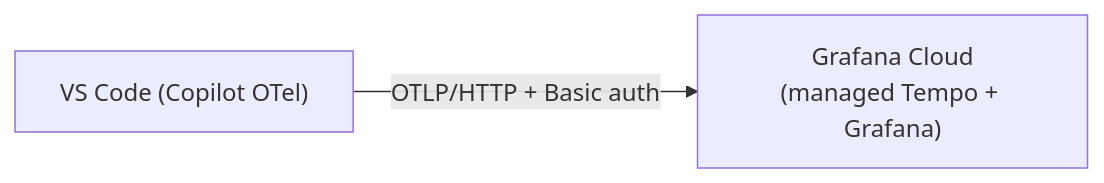
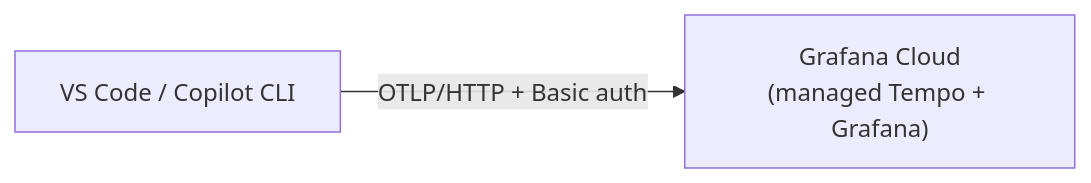
Before and after one commit to webmaxru/copilot-otel-grafana: the third of 3 diagrams in README.md, drawn with Mermaid. The commit also changed other lines of this file and 5 other files, not shown here.

First line of the commit message:
feat: generalize to all GitHub Copilot surfaces (VS Code + CLI)

````diff
--- a/README.md
+++ b/README.md
@@ -369,4 +357,4 @@
 ```mermaid
 flowchart LR
-    VS["VS Code (Copilot OTel)"] -->|OTLP/HTTP + Basic auth| GC["Grafana Cloud<br/>(managed Tempo + Grafana)"]
+    VS["VS Code / Copilot CLI"] -->|OTLP/HTTP + Basic auth| GC["Grafana Cloud<br/>(managed Tempo + Grafana)"]
 ```
````
